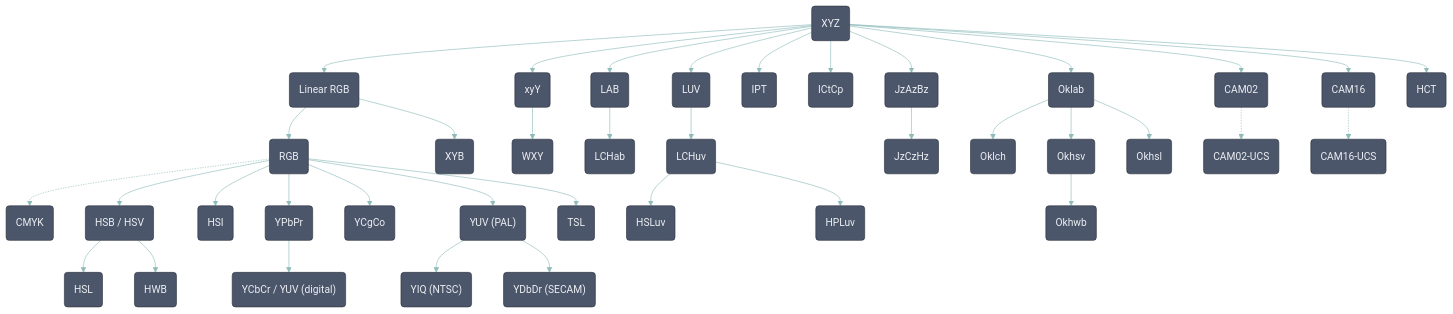
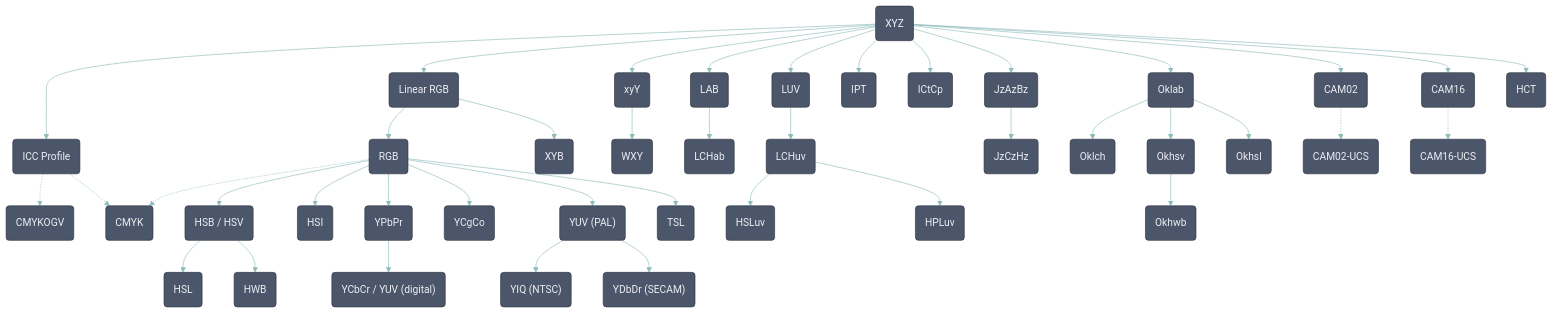
One commit to waacton/Unicolour changed the first of 2 diagrams in README.md. Above: the diagram before and after it, drawn with Mermaid. The commit also changed other lines of this file and 312 other files, not shown here.

Commit message:
Add ICC profile support (v2, Output device, LAB PCS)

```diff
--- a/README.md
+++ b/README.md
@@ -241,8 +243,13 @@
   CAM16(CAM16)
   CAM16UCS(CAM16-UCS)
   HCT(HCT)
-  CMYK(CMYK)
+  ICC("ICC Profile")
+  CMYK("CMYK")
+  CMYKOGV("CMYKOGV")
 
+  XYZ --> ICC
+  ICC -.-> CMYKOGV
+  ICC -.-> CMYK
   RGB -.-> CMYK
   XYZ --> RGBLIN
   RGBLIN --> RGB
```
